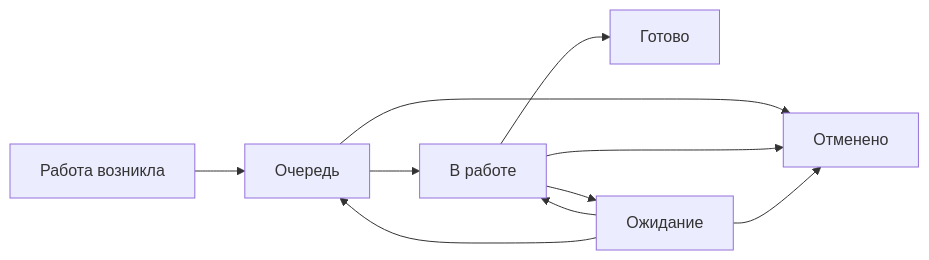
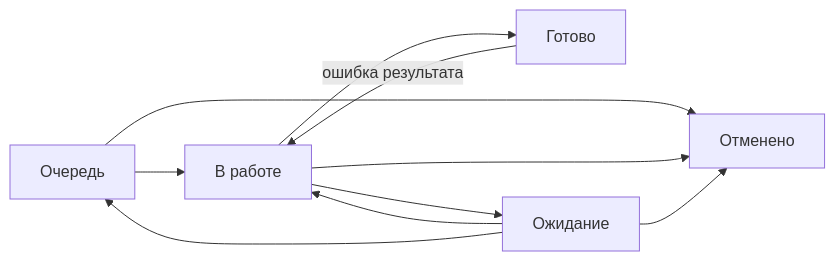
One commit to lazuale/department changed the second of 2 diagrams in README.md. Above: the diagram before and after it, drawn with Mermaid. The commit also changed other lines of this file, not shown here.

Commit message:
clean methodology overview and add source flow

````diff
--- a/README.md
+++ b/README.md
@@ -9,12 +27,12 @@
 ```mermaid
 flowchart LR
-    A[Работа возникла] --> B[Очередь]
-    B --> C[В работе]
-    C --> D[Готово]
-    C --> E[Ожидание]
-    E --> C
-    E --> B
-    B --> F[Отменено]
-    C --> F
-    E --> F
+    A[Очередь] --> B[В работе]
+    B --> C[Готово]
+    B --> D[Ожидание]
+    D --> B
+    D --> A
+    A --> E[Отменено]
+    B --> E
+    D --> E
+    C -->|ошибка результата| B
 ```
````
